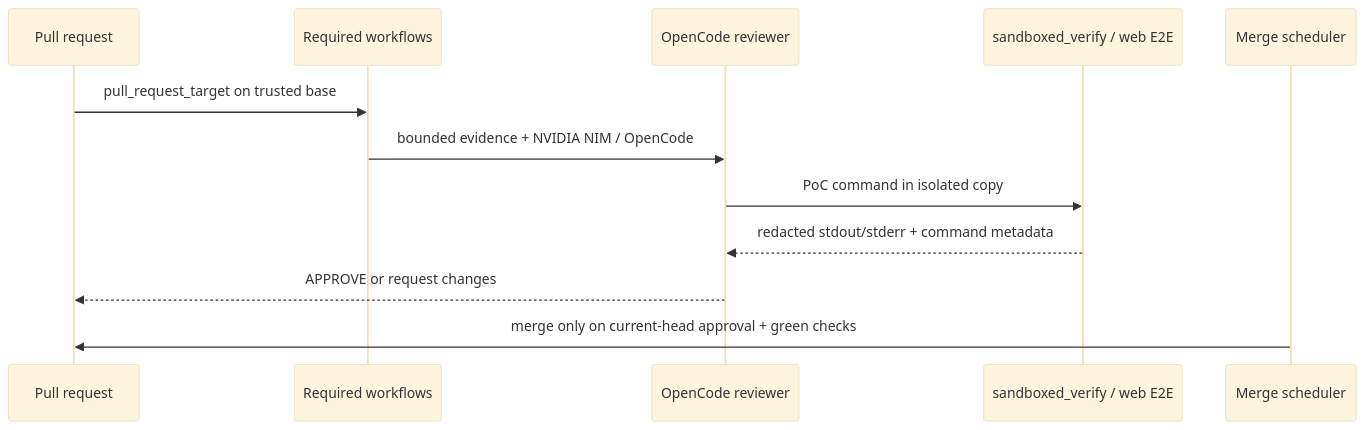
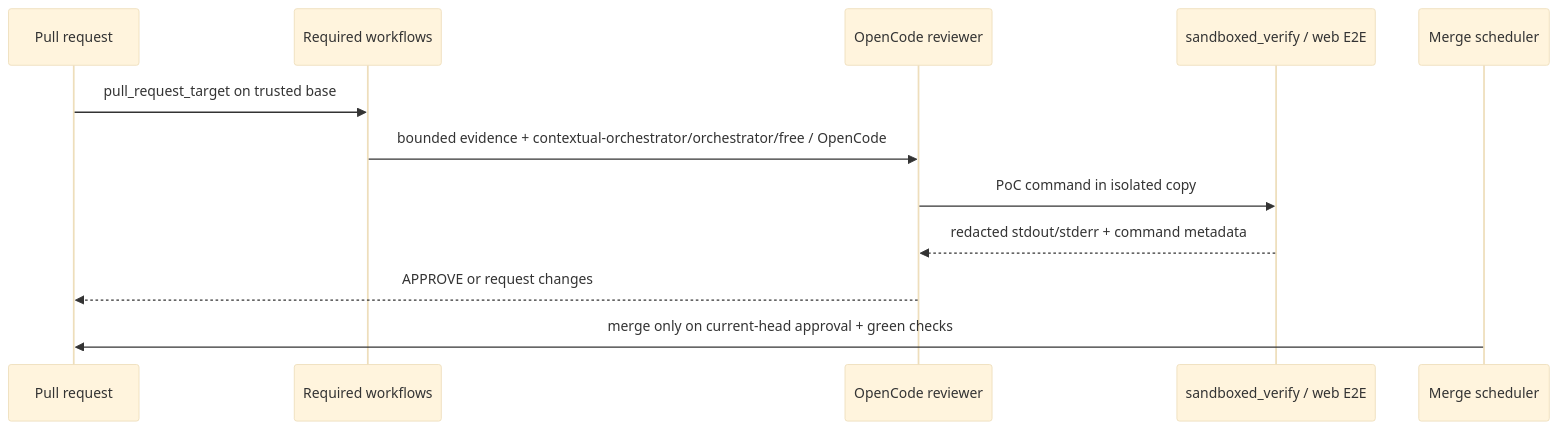
Before and after one commit to ContextualWisdomLab/.github: the fourth of 4 diagrams in ARCHITECTURE.md, drawn with Mermaid (base theme). The commit also changed other lines of this file and 5 other files, not shown here.

First line of the commit message:
fix(ci): align review-repair quality gate with contextual orchestrator (#1583)

````diff
--- a/ARCHITECTURE.md
+++ b/ARCHITECTURE.md
@@ -103,15 +105,15 @@
 ```mermaid
 sequenceDiagram
   participant PR as Pull request
   participant RW as Required workflows
   participant OC as OpenCode reviewer
   participant SV as sandboxed_verify / web E2E
   participant MS as Merge scheduler
 
   PR->>RW: pull_request_target on trusted base
-  RW->>OC: bounded evidence + NVIDIA NIM / OpenCode
+  RW->>OC: bounded evidence + contextual-orchestrator/orchestrator/free / OpenCode
   OC->>SV: PoC command in isolated copy
   SV-->>OC: redacted stdout/stderr + command metadata
   OC-->>PR: APPROVE or request changes
   MS->>PR: merge only on current-head approval + green checks
 ```
````
